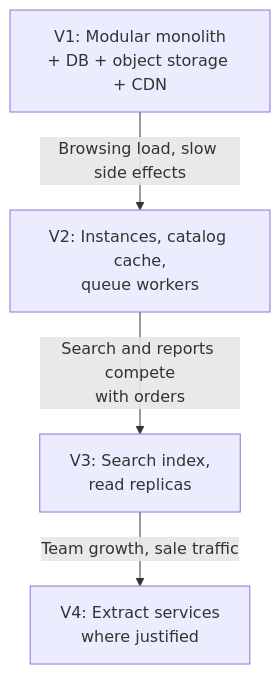
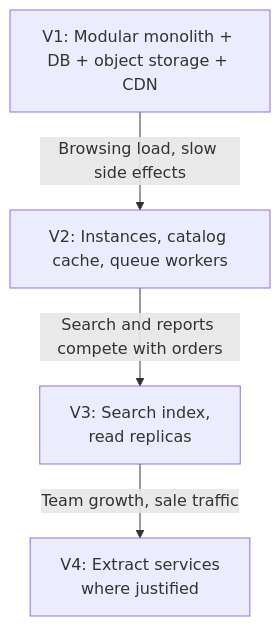
The sixth of 6 diagrams in content/12-case-studies/12.02-e-commerce-platform.md (gitussr/systemly), drawn with Mermaid before and after one commit. The commit also changed other lines of this file and 5 other files, not shown here.

First line of the commit message:
Level 12: drop manual line breaks in long diagram labels

````diff
--- a/content/12-case-studies/12.02-e-commerce-platform.md
+++ b/content/12-case-studies/12.02-e-commerce-platform.md
@@ -439,8 +439,8 @@
 ```mermaid
 flowchart TD
   accTitle: How the e-commerce platform evolves
   accDescr: V1 is a modular monolith with one database, object storage and a CDN. V2 adds instances, a catalog cache and async workers when traffic and side effects grow. V3 adds a search index and read replicas when search and reports compete with orders. V4 extracts services only where scaling or team ownership justifies it, such as search or a flash-sale checkout.
-  V1["V1: Modular monolith<br/>+ DB + object storage + CDN"] -->|"Browsing load, slow side effects"| V2["V2: Instances, catalog cache,<br/>queue workers"]
-  V2 -->|"Search and reports compete<br/>with orders"| V3["V3: Search index,<br/>read replicas"]
+  V1["V1: Modular monolith + DB + object storage + CDN"] -->|"Browsing load, slow side effects"| V2["V2: Instances, catalog cache, queue workers"]
+  V2 -->|"Search and reports compete with orders"| V3["V3: Search index,<br/>read replicas"]
   V3 -->|"Team growth, sale traffic"| V4["V4: Extract services<br/>where justified"]
 ```
````
